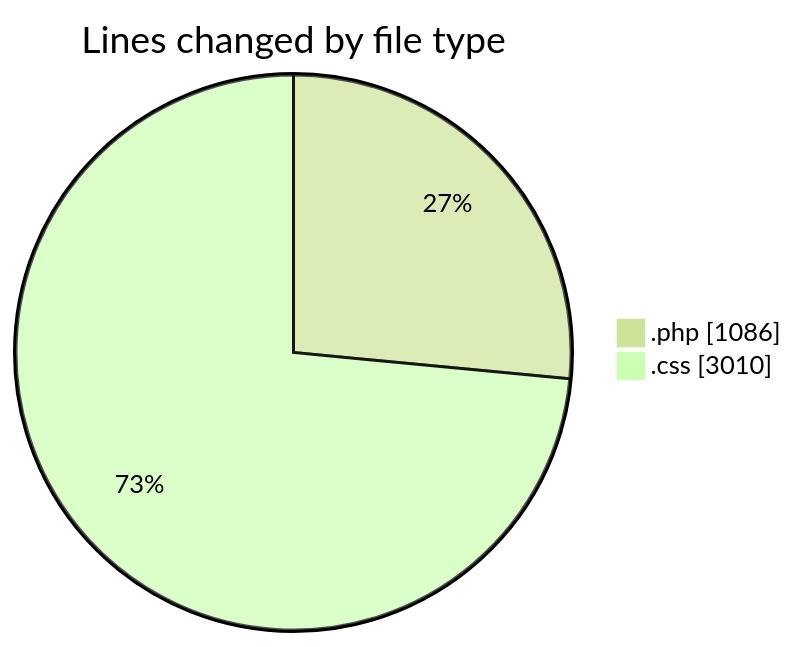
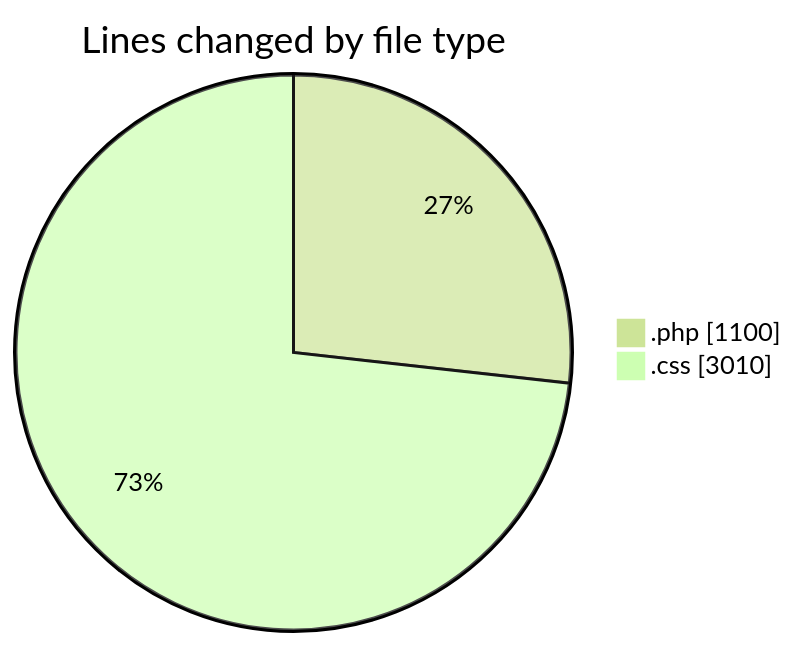
Before and after one commit to debugP/code-tracking: the first of 2 diagrams in 2026-11-10/wp-content__workspace_/README.md, drawn with Mermaid (forest theme). The commit also changed other lines of this file and 1 other file, not shown here.

````diff
--- a/2026-11-10/wp-content__workspace_/README.md
+++ b/2026-11-10/wp-content__workspace_/README.md
@@ -21,6 +21,6 @@
 ```mermaid
 pie showData
 title Lines changed by file type
-".php" : 1086
+".php" : 1100
 ".css" : 3010
 ```
````
